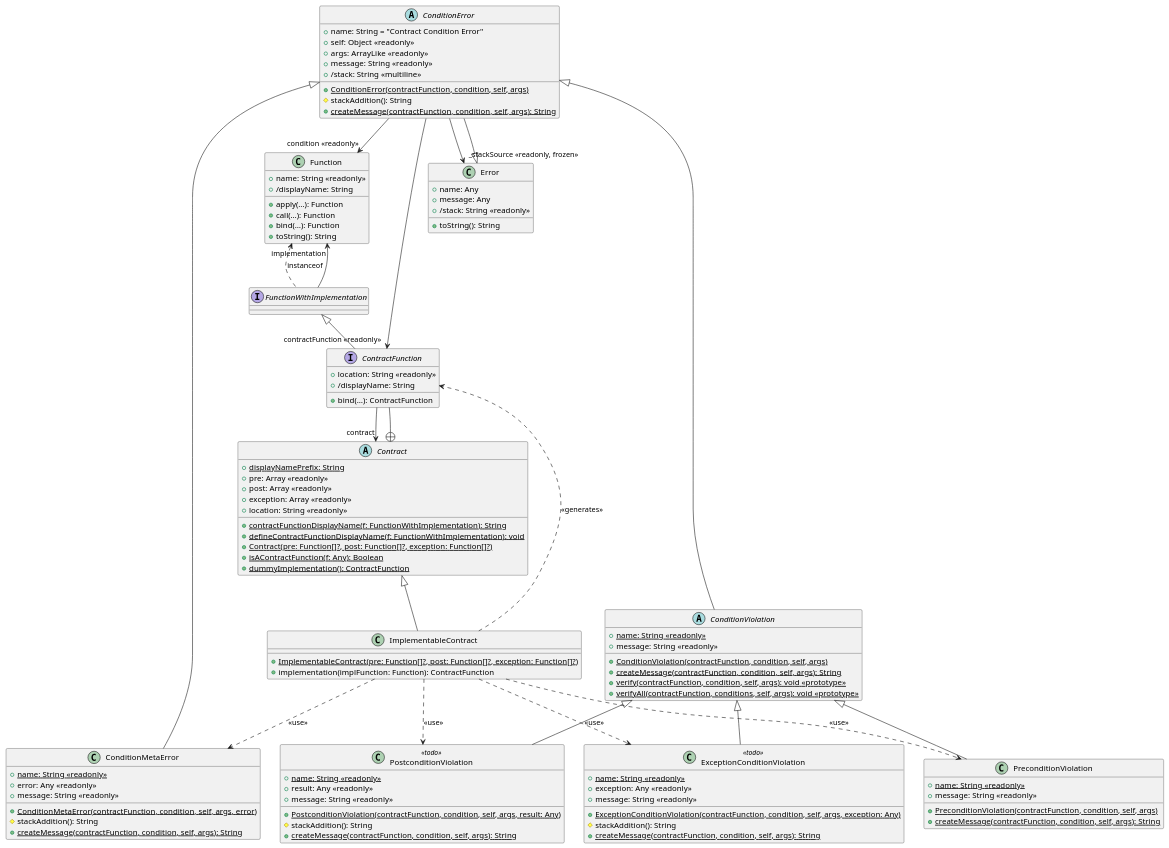
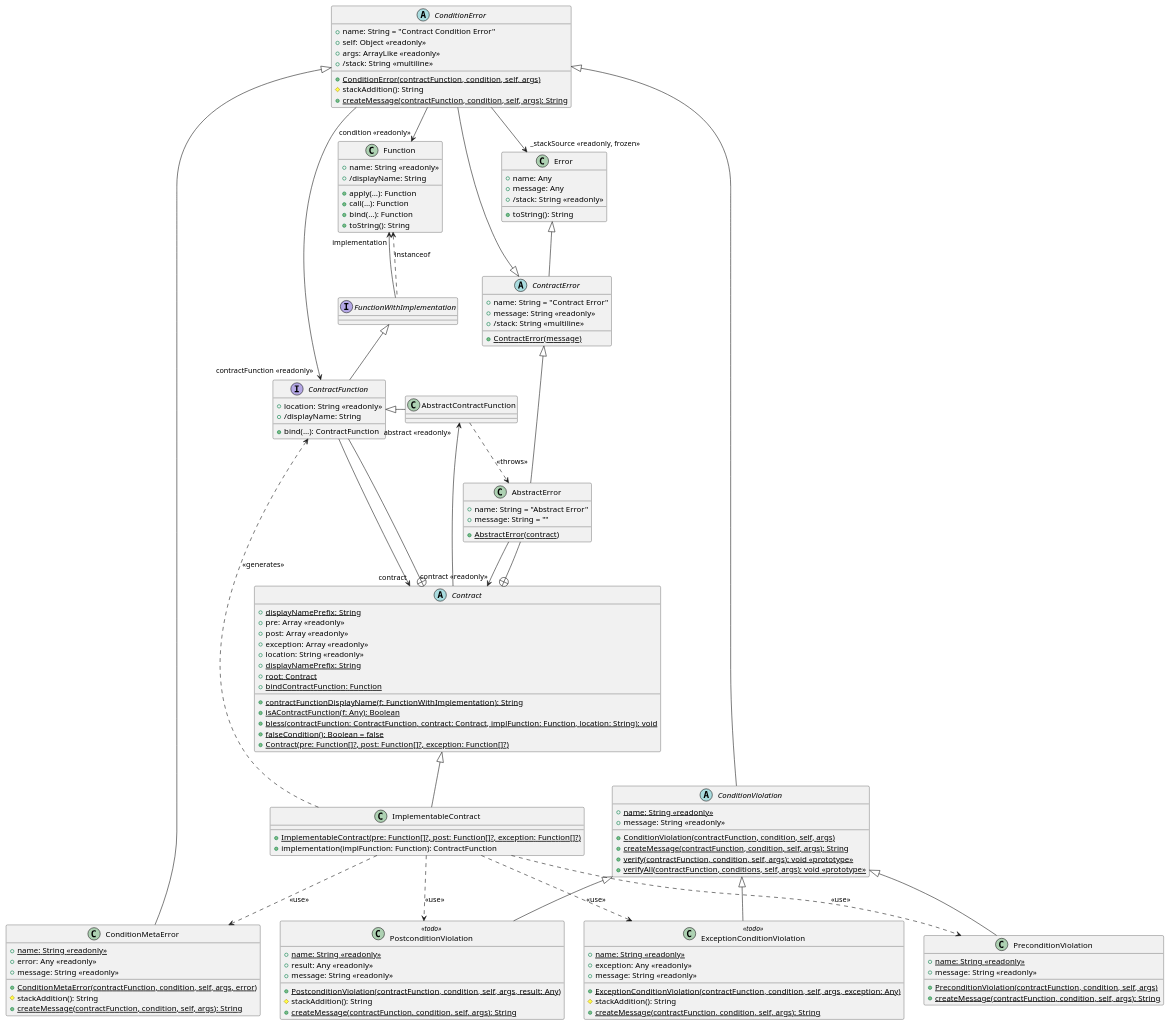
One commit to Toryt/contracts changed the diagram in src/I/model.puml. Above: the diagram before and after it, drawn with PlantUML.

Commit message:
Update of model

```diff
--- a/src/I/model.puml
+++ b/src/I/model.puml
@@ -1,123 +1,148 @@
 @startuml
 
 class Function {
   +name: String <<readonly>>
   +/displayName: String
   +apply(…): Function
   +call(…): Function
   +bind(…): Function
   +toString(): String
 }
 class Error {
   +name: Any
   +message: Any
   +/stack: String <<readonly>>
   +toString(): String
 }
 
 interface FunctionWithImplementation
 
 Function <.. FunctionWithImplementation: instanceof
 FunctionWithImplementation --> "implementation" Function
 
 abstract class Contract {
   +{static} displayNamePrefix: String
   +pre: Array <<readonly>>
   +post: Array <<readonly>>
   +exception: Array <<readonly>>
   +location: String <<readonly>>
+  +{static} displayNamePrefix: String
+  +{static} root: Contract
   +{static} contractFunctionDisplayName(f: FunctionWithImplementation): String
-  +{static} defineContractFunctionDisplayName(f: FunctionWithImplementation): void
+  +{static} bindContractFunction: Function
+  +{static} isAContractFunction(f: Any): Boolean
+  +{static} bless(contractFunction: ContractFunction, contract: Contract, implFunction: Function, location: String): void
+  +{static} falseCondition(): Boolean = false
   +{static} Contract(pre: Function[]?, post: Function[]?, exception: Function[]?)
-  +{static} isAContractFunction(f: Any): Boolean
-  +{static} dummyImplementation(): ContractFunction
 }
 
 class ImplementableContract {
   +{static} ImplementableContract(pre: Function[]?, post: Function[]?, exception: Function[]?)
   +implementation(implFunction: Function): ContractFunction
 }
 Contract <|-- ImplementableContract
 
 interface ContractFunction {
   +location: String <<readonly>>
   +/displayName: String
   +bind(…): ContractFunction
 }
 
+class AbstractContractFunction
+ContractFunction <|- AbstractContractFunction
+
 Contract +-- ContractFunction
 FunctionWithImplementation <|-- ContractFunction
 
 ContractFunction --> "contract" Contract
+Contract --> "abstract <<readonly>>" AbstractContractFunction
+
+abstract class ContractError {
+  +name: String = "Contract Error"
+  +message: String <<readonly>>
+  +/stack: String <<multiline>>
+  +{static} ContractError(message)
+}
+Error <|-- ContractError
+
+class AbstractError {
+  +name: String = "Abstract Error"
+  +message: String = ""
+  +{static} AbstractError(contract)
+}
+Contract +-- AbstractError
+ContractError <|-- AbstractError
+AbstractContractFunction ..> AbstractError : "<<throws>>"
+
+AbstractError --> "contract <<readonly>>" Contract
 
 abstract class ConditionError {
   +name: String = "Contract Condition Error"
   +self: Object <<readonly>>
   +args: ArrayLike <<readonly>>
-  +message: String <<readonly>>
   +/stack: String <<multiline>>
   +{static} ConditionError(contractFunction, condition, self, args)
   #stackAddition(): String
   +{static} createMessage(contractFunction, condition, self, args): String
 }
-Error <|-- ConditionError
+ContractError <|-- ConditionError
 
 class ConditionMetaError {
   +{static} name: String <<readonly>>
   +error: Any <<readonly>>
   +message: String <<readonly>>
   +{static} ConditionMetaError(contractFunction, condition, self, args, error)
   #stackAddition(): String
   +{static} createMessage(contractFunction, condition, self, args): String
 }
 
 abstract class ConditionViolation {
   +{static} name: String <<readonly>>
   +message: String <<readonly>>
   +{static} ConditionViolation(contractFunction, condition, self, args)
   +{static} createMessage(contractFunction, condition, self, args): String
   +{static} verify(contractFunction, condition, self, args): void <<prototype>>
   +{static} verifyAll(contractFunction, conditions, self, args): void <<prototype>>
 }
 class PreconditionViolation {
   +{static} name: String <<readonly>>
   +message: String <<readonly>>
   +{static} PreconditionViolation(contractFunction, condition, self, args)
   +{static} createMessage(contractFunction, condition, self, args): String
 }
 class PostconditionViolation <<todo>> {
   +{static} name: String <<readonly>>
   +result: Any <<readonly>>
   +message: String <<readonly>>
   +{static} PostconditionViolation(contractFunction, condition, self, args, result: Any)
   #stackAddition(): String
   +{static} createMessage(contractFunction, condition, self, args): String
 }
 
 class ExceptionConditionViolation <<todo>> {
   +{static} name: String <<readonly>>
   +exception: Any <<readonly>>
   +message: String <<readonly>>
   +{static} ExceptionConditionViolation(contractFunction, condition, self, args, exception: Any)
   #stackAddition(): String
   +{static} createMessage(contractFunction, condition, self, args): String
 }
 
 ConditionError --> "contractFunction <<readonly>>" ContractFunction
 ConditionError --> "condition <<readonly>>" Function
 ConditionError --> "_stackSource <<readonly, frozen>>" Error
 
 ConditionError <|-- ConditionMetaError
 ConditionError <|-- ConditionViolation
 
 ConditionViolation <|-- PreconditionViolation
 ConditionViolation <|-- PostconditionViolation
 ConditionViolation <|-- ExceptionConditionViolation
 
 ImplementableContract ..> ConditionMetaError: <<use>>
 ImplementableContract ..> PreconditionViolation: <<use>>
 ImplementableContract ..> PostconditionViolation: <<use>>
 ImplementableContract ..> ExceptionConditionViolation: <<use>>
 ImplementableContract ..> ContractFunction: <<generates>>
 
 @enduml
```
